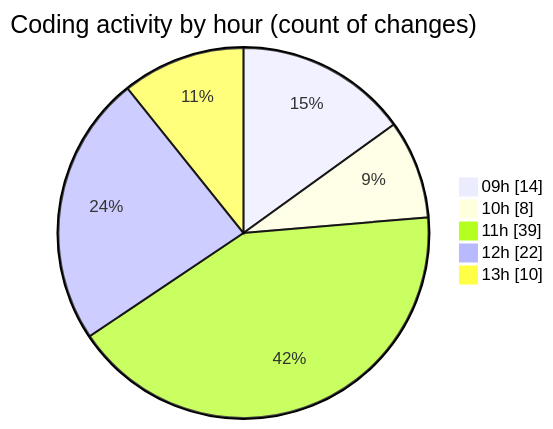
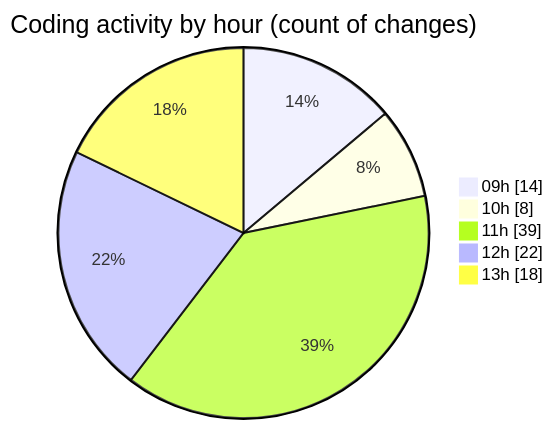
One commit to momahboobian/code-tracking changed the second of 2 diagrams in 2025-02-07/cda/README.md. Above: the diagram before and after it, drawn with Mermaid. The commit also changed other lines of this file and 1 other file, not shown here.

````diff
--- a/2025-02-07/cda/README.md
+++ b/2025-02-07/cda/README.md
@@ -60,9 +60,9 @@
 ```mermaid
 pie showData
 title Coding activity by hour (count of changes)
 "09h" : 14
 "10h" : 8
 "11h" : 39
 "12h" : 22
-"13h" : 10
+"13h" : 18
 ```
````
